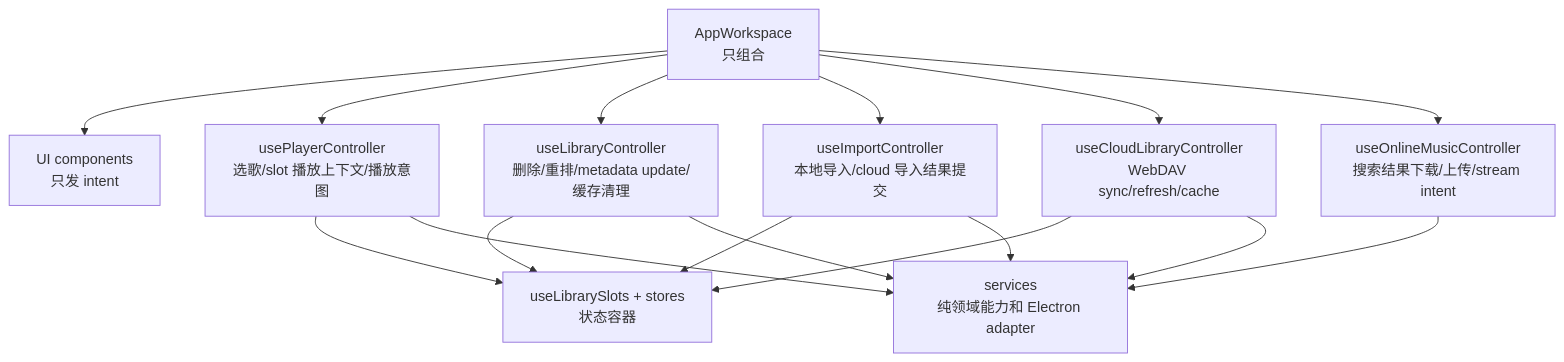
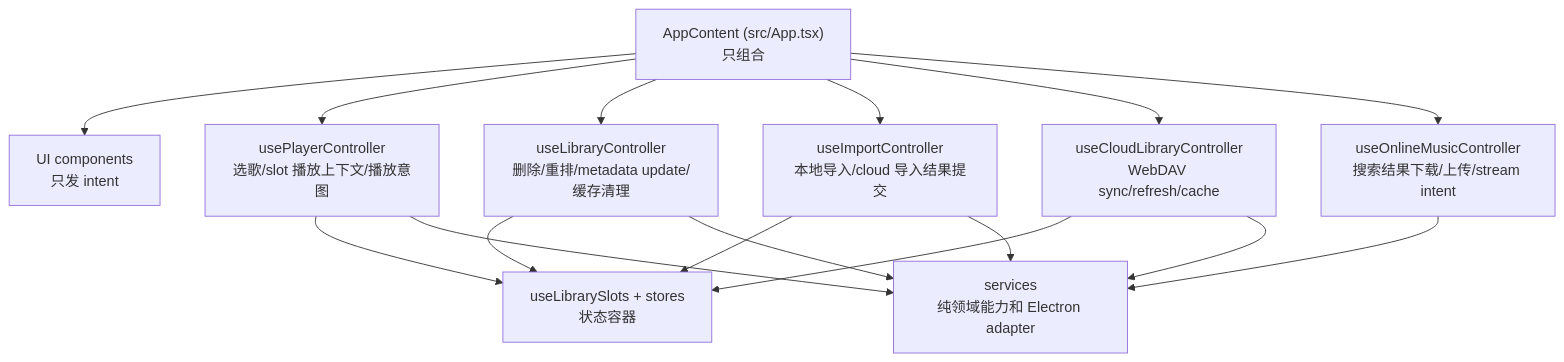
Before and after one commit to xwsjjctz/LyricsAdapter: the diagram in docs/development/refactor-plan.md, drawn with Mermaid. The commit also changed other lines of this file and 19 other files, not shown here.

````diff
--- a/docs/development/refactor-plan.md
+++ b/docs/development/refactor-plan.md
@@ -87,28 +89,28 @@
 ```mermaid
 flowchart TD
-  App["AppWorkspace\n只组合"]
+  App["AppContent (src/App.tsx)\n只组合"]
   UI["UI components\n只发 intent"]
   PlayerC["usePlayerController\n选歌/slot 播放上下文/播放意图"]
   LibraryC["useLibraryController\n删除/重排/metadata update/缓存清理"]
   ImportC["useImportController\n本地导入/cloud 导入结果提交"]
   CloudC["useCloudLibraryController\nWebDAV sync/refresh/cache"]
   OnlineC["useOnlineMusicController\n搜索结果下载/上传/stream intent"]
   State["useLibrarySlots + stores\n状态容器"]
   Services["services\n纯领域能力和 Electron adapter"]
 
   App --> UI
   App --> PlayerC
   App --> LibraryC
   App --> ImportC
   App --> CloudC
   App --> OnlineC
   PlayerC --> State
   LibraryC --> State
   ImportC --> State
   CloudC --> State
   OnlineC --> Services
   PlayerC --> Services
   LibraryC --> Services
   ImportC --> Services
   CloudC --> Services
 ```
````
